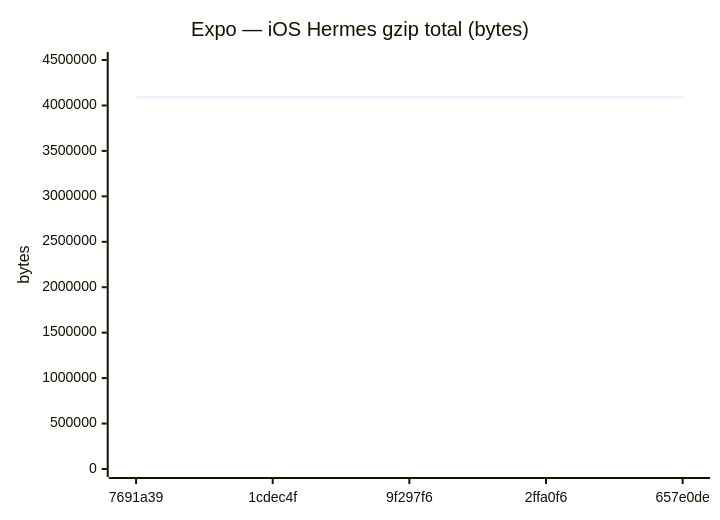
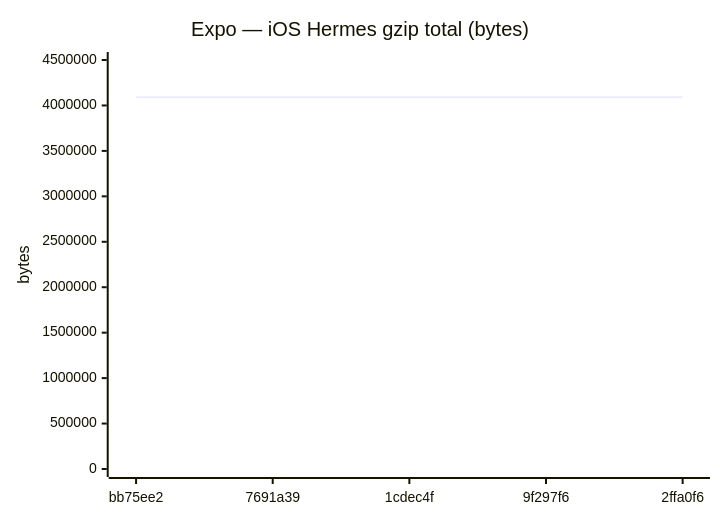
Diagram 12 of 18 in benchmarks/compare.md (Metaheurist/Rianell), drawn with Mermaid before and after one commit. The commit also changed other lines of this file and 11 other files, not shown here.

````diff
--- a/benchmarks/compare.md
+++ b/benchmarks/compare.md
@@ -179,7 +179,7 @@
 ```mermaid
 xychart-beta
     title "Expo — iOS Hermes gzip total (bytes)"
-    x-axis ["7691a39", "1cdec4f", "9f297f6", "2ffa0f6", "657e0de"]
+    x-axis ["bb75ee2", "7691a39", "1cdec4f", "9f297f6", "2ffa0f6"]
     y-axis "bytes" 0 --> 4500248
-    line [4091134, 4091052, 4091052, 4091051, 4090884]
+    line [4090855, 4091134, 4091052, 4091052, 4091051]
 ```
````
